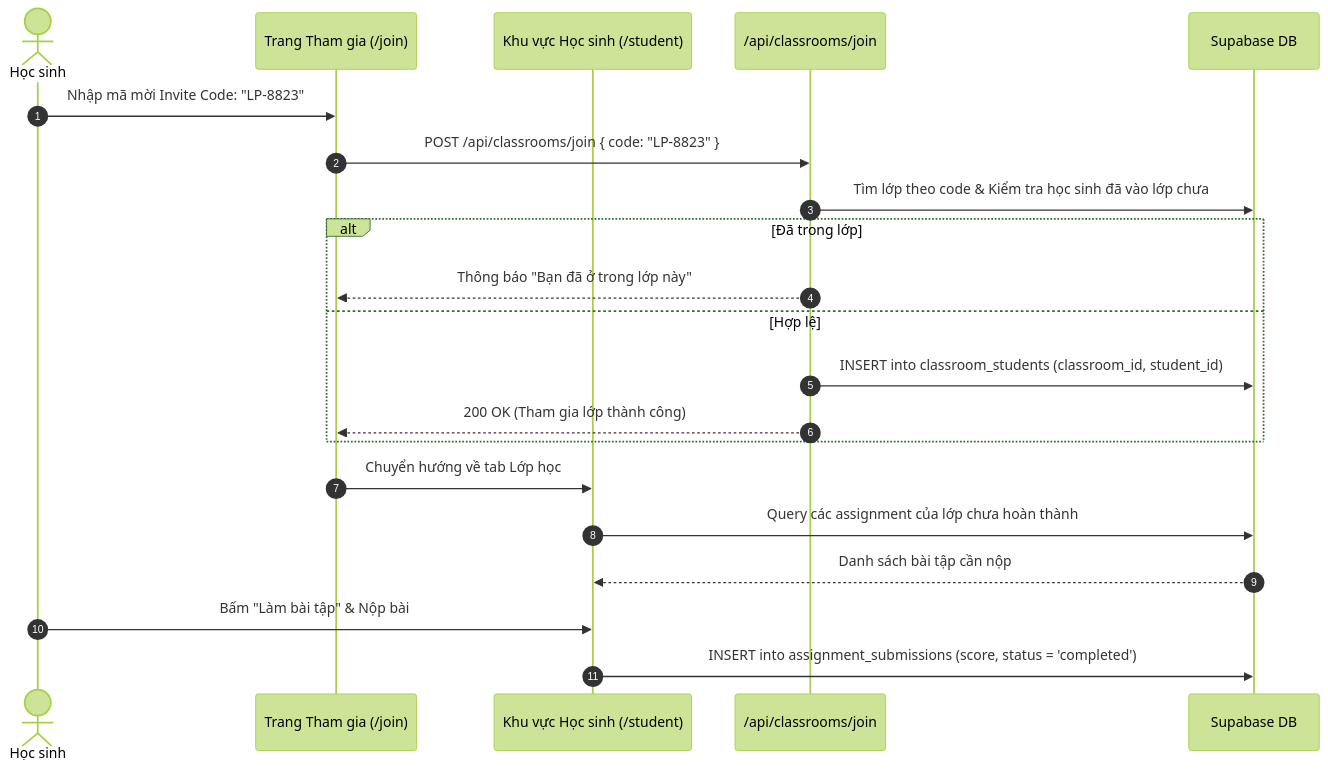
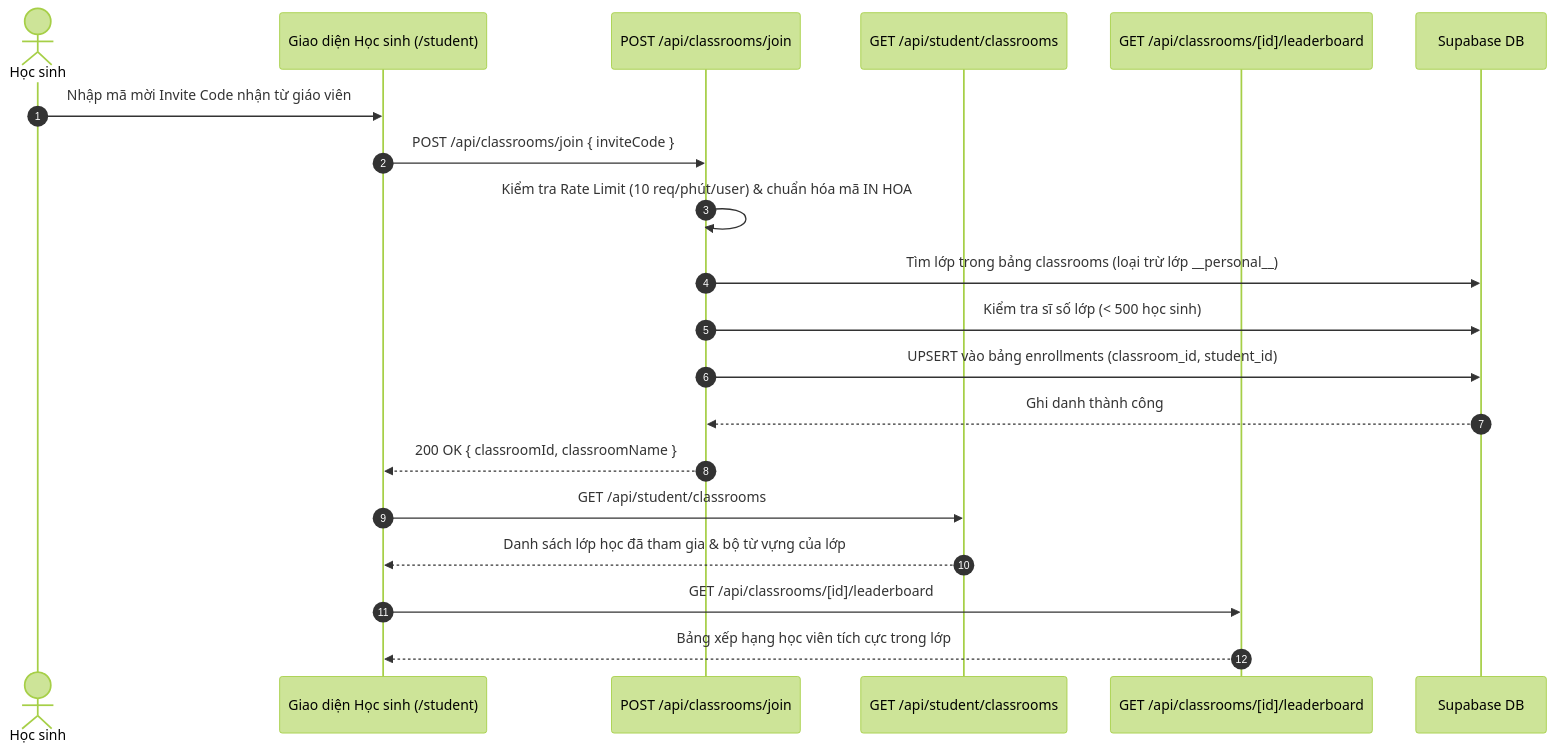
Before and after one commit to FengProfessor/Vocab: the third of 3 diagrams in agent/docs/SRS_06_TEACHER_CLASSROOM.md, drawn with Mermaid (forest theme). The commit also changed other lines of this file and 15 other files, not shown here.

Commit message:
docs(srs): complete 15 full-project SRS use cases and flow limitation audit

````diff
--- a/agent/docs/SRS_06_TEACHER_CLASSROOM.md
+++ b/agent/docs/SRS_06_TEACHER_CLASSROOM.md
@@ -107,24 +111,24 @@
 ```mermaid
 sequenceDiagram
     autonumber
     actor Student as Học sinh
-    participant JoinUI as Trang Tham gia (/join)
-    participant StudentUI as Khu vực Học sinh (/student)
-    participant API as /api/classrooms/join
+    participant UI as Giao diện Học sinh (/student)
+    participant JoinAPI as POST /api/classrooms/join
+    participant ClassAPI as GET /api/student/classrooms
+    participant RankAPI as GET /api/classrooms/[id]/leaderboard
     participant DB as Supabase DB
 
-    Student->>JoinUI: Nhập mã mời Invite Code: "LP-8823"
-    JoinUI->>API: POST /api/classrooms/join { code: "LP-8823" }
-    API->>DB: Tìm lớp theo code & Kiểm tra học sinh đã vào lớp chưa
-    alt Đã trong lớp
-        API-->>JoinUI: Thông báo "Bạn đã ở trong lớp này"
-    else Hợp lệ
-        API->>DB: INSERT into classroom_students (classroom_id, student_id)
-        API-->>JoinUI: 200 OK (Tham gia lớp thành công)
-    end
-    JoinUI->>StudentUI: Chuyển hướng về tab Lớp học
-    StudentUI->>DB: Query các assignment của lớp chưa hoàn thành
-    DB-->>StudentUI: Danh sách bài tập cần nộp
-    Student->>StudentUI: Bấm "Làm bài tập" & Nộp bài
-    StudentUI->>DB: INSERT into assignment_submissions (score, status = 'completed')
+    Student->>UI: Nhập mã mời Invite Code nhận từ giáo viên
+    UI->>JoinAPI: POST /api/classrooms/join { inviteCode }
+    JoinAPI->>JoinAPI: Kiểm tra Rate Limit (10 req/phút/user) & chuẩn hóa mã IN HOA
+    JoinAPI->>DB: Tìm lớp trong bảng classrooms (loại trừ lớp __personal__)
+    JoinAPI->>DB: Kiểm tra sĩ số lớp (< 500 học sinh)
+    JoinAPI->>DB: UPSERT vào bảng enrollments (classroom_id, student_id)
+    DB-->>JoinAPI: Ghi danh thành công
+    JoinAPI-->>UI: 200 OK { classroomId, classroomName }
+    
+    UI->>ClassAPI: GET /api/student/classrooms
+    ClassAPI-->>UI: Danh sách lớp học đã tham gia & bộ từ vựng của lớp
+    UI->>RankAPI: GET /api/classrooms/[id]/leaderboard
+    RankAPI-->>UI: Bảng xếp hạng học viên tích cực trong lớp
 ```
````
